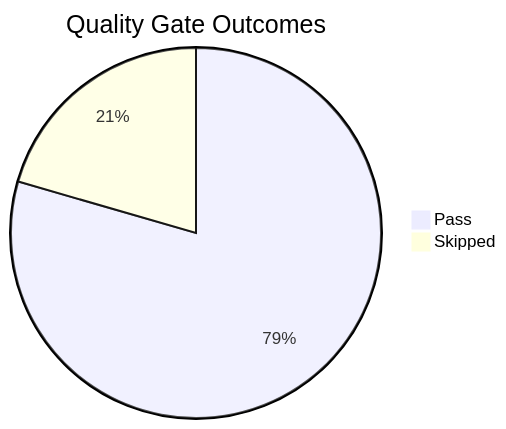
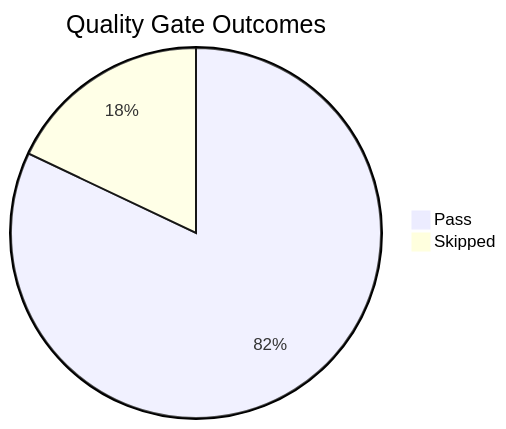
The diagram in docs/meta/golden-status.md (yeongseon/azure-app-service-practical-guide), drawn with Mermaid before and after one commit. The commit also changed other lines of this file, not shown here.

````diff
--- a/docs/meta/golden-status.md
+++ b/docs/meta/golden-status.md
@@ -42,5 +42,5 @@
 ```mermaid
 pie title Quality Gate Outcomes
-    "Pass" : 31
-    "Skipped" : 8
+    "Pass" : 32
+    "Skipped" : 7
 ```
````
